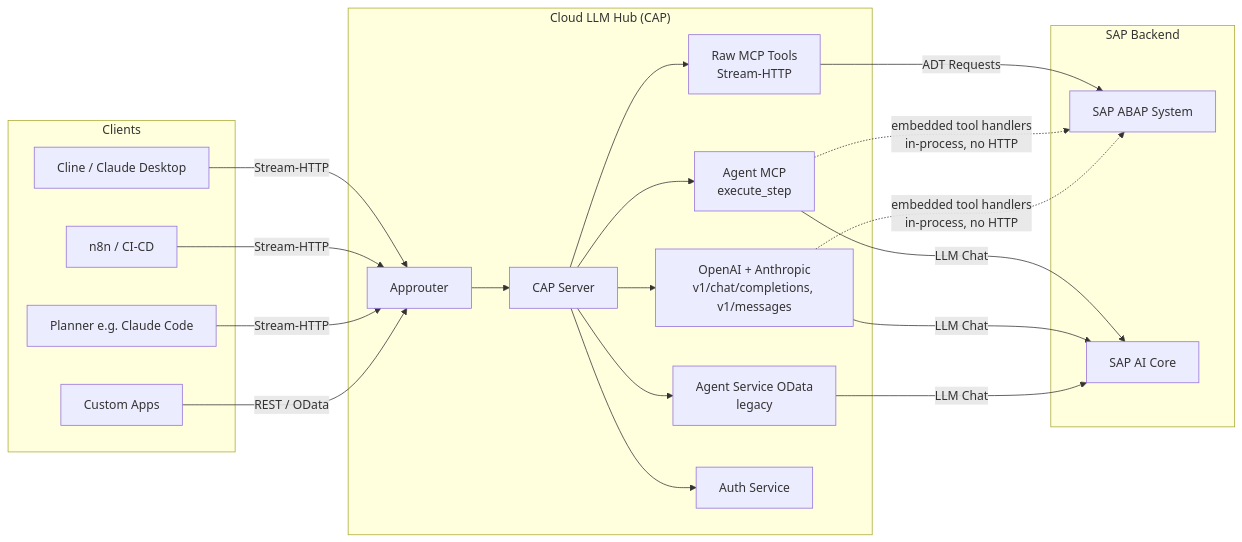
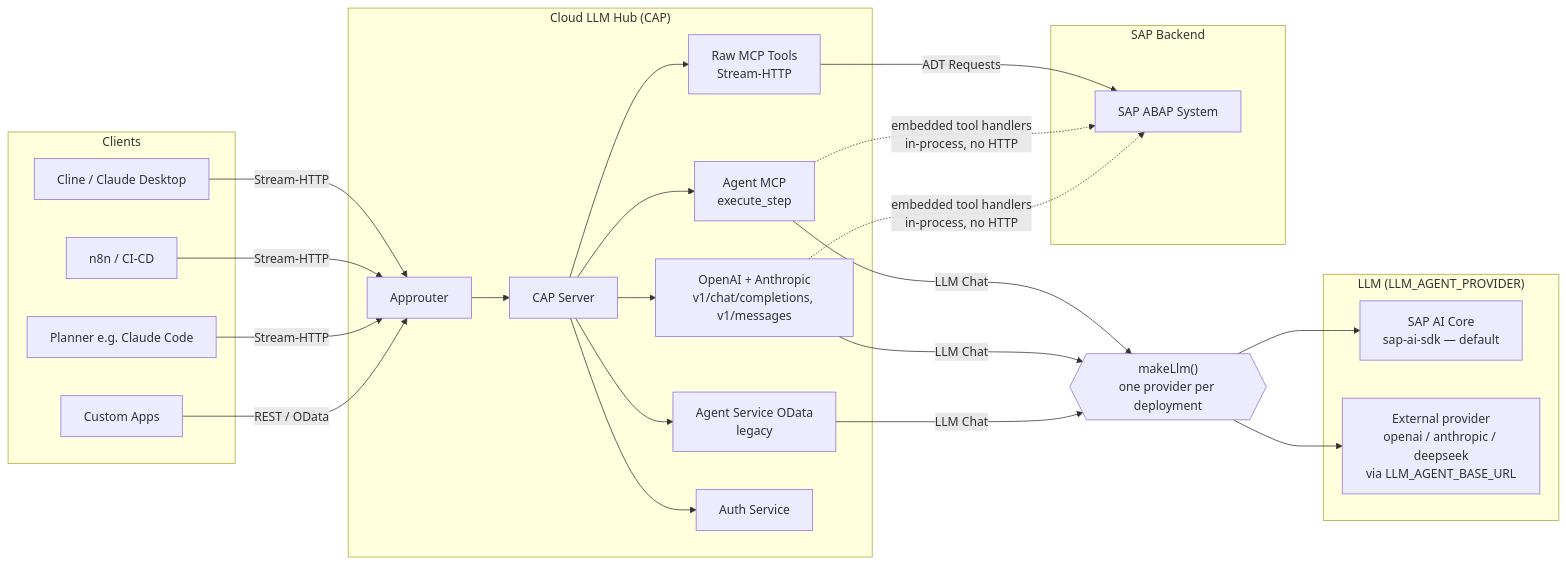
The first of 24 diagrams in docs/architecture/ARCHITECTURE.md (fr0ster/cloud-llm-hub), drawn with Mermaid before and after one commit. The commit also changed other lines of this file and 37 other files, not shown here.

First line of the commit message:
docs(deployment): correct INSTALLATION_PLAN for the non-AI-Core scenario (PR-203)

````diff
--- a/docs/architecture/ARCHITECTURE.md
+++ b/docs/architecture/ARCHITECTURE.md
@@ -33,43 +33,51 @@
 ```mermaid
 graph LR
     subgraph Clients
         CL[Cline / Claude Desktop]
         N8N[n8n / CI-CD]
         PLAN[Planner e.g. Claude Code]
         APP[Custom Apps]
     end
 
     subgraph "Cloud LLM Hub (CAP)"
         AR[Approuter]
         SRV[CAP Server]
         MCP_PROXY[Raw MCP Tools<br/>Stream-HTTP]
         AGENT_MCP[Agent MCP<br/>execute_step]
         V1[OpenAI + Anthropic<br/>v1/chat/completions, v1/messages]
         AGENT_OD[Agent Service OData<br/>legacy]
         AUTH[Auth Service]
     end
 
     subgraph "SAP Backend"
         ABAP[SAP ABAP System]
-        AICORE[SAP AI Core]
+    end
+
+    LLM{{"makeLlm()<br/>one provider per deployment"}}
+
+    subgraph "LLM (LLM_AGENT_PROVIDER)"
+        AICORE["SAP AI Core<br/>sap-ai-sdk — default"]
+        EXT["External provider<br/>openai / anthropic / deepseek<br/>via LLM_AGENT_BASE_URL"]
     end
 
     CL -->|Stream-HTTP| AR
     N8N -->|Stream-HTTP| AR
     PLAN -->|Stream-HTTP| AR
     APP -->|REST / OData| AR
 
     AR --> SRV
     SRV --> MCP_PROXY
     SRV --> AGENT_MCP
     SRV --> V1
     SRV --> AGENT_OD
     SRV --> AUTH
 
     MCP_PROXY -->|ADT Requests| ABAP
-    AGENT_MCP -->|LLM Chat| AICORE
-    V1 -->|LLM Chat| AICORE
-    AGENT_OD -->|LLM Chat| AICORE
+    AGENT_MCP -->|LLM Chat| LLM
+    V1 -->|LLM Chat| LLM
+    AGENT_OD -->|LLM Chat| LLM
+    LLM --> AICORE
+    LLM --> EXT
     AGENT_MCP -.->|embedded tool handlers<br/>in-process, no HTTP| ABAP
     V1 -.->|embedded tool handlers<br/>in-process, no HTTP| ABAP
 ```
````
